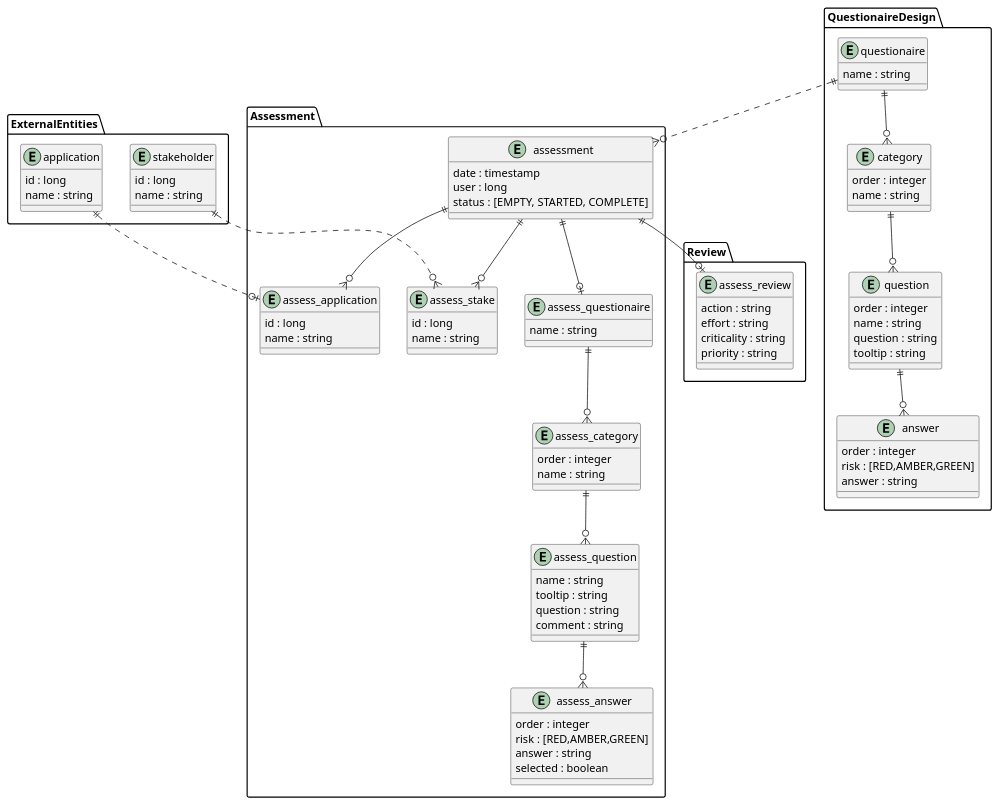
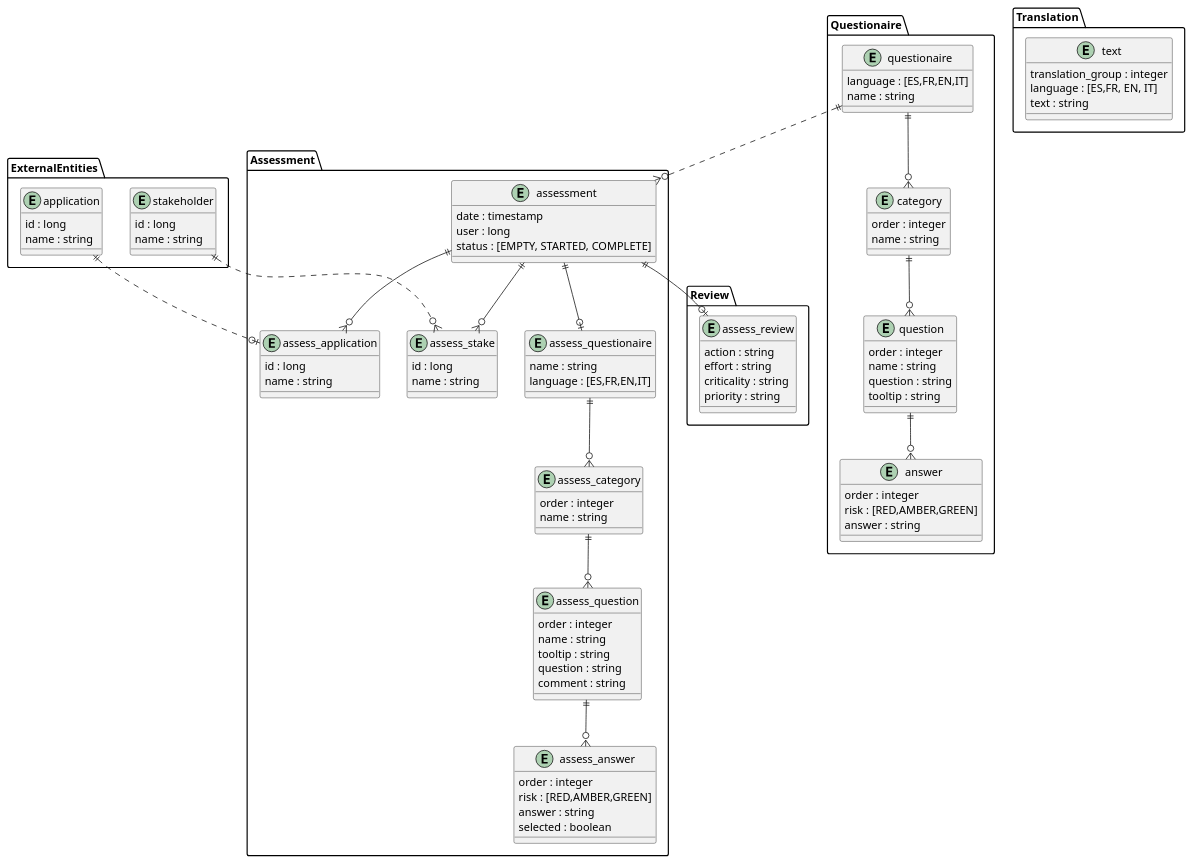
The third of 3 diagrams in README.md (konveyor/tackle-pathfinder), drawn with PlantUML before and after one commit. The commit also changed other lines of this file and 1 other file, not shown here.

Commit message:
Added model documentation , included old pathfinder questionaire

````diff
--- a/README.md
+++ b/README.md
@@ -86,12 +121,14 @@
     }
     entity assess_questionaire {
         name : string
+        language : [ES,FR,EN,IT]
     }
     entity assess_category {
         order : integer
         name : string
     }
     entity assess_question {
+        order : integer
         name : string
         tooltip : string
         question : string
@@ -114,6 +151,12 @@
         id : long
         name : string
     }
+    assess_questionaire ||--o{ assess_category
+    assess_category ||--o{ assess_question
+    assess_question ||--o{ assess_answer
+    assessment ||--o{ assess_application
+    assessment ||--o| assess_questionaire
+
 }
 package Review {
     entity assess_review {
@@ -124,8 +167,9 @@
     }
 }
 
-package QuestionaireDesign {
+package Questionaire {
     entity questionaire {
+        language : [ES,FR,EN,IT]
         name : string
     }
     entity category {
@@ -143,24 +187,26 @@
         risk : [RED,AMBER,GREEN]
         answer : string
     }
+    questionaire ||--o{ category
+    category ||--o{ question
+    question ||--o{ answer
 }
 
-assessment ||--o{ assess_application
+package Translation {
+    entity text {
+        translation_group : integer
+        language : [ES,FR, EN, IT]
+        text : string
+    }
+}
+
 assessment ||--o{ assess_stake
-assessment ||--o| assess_questionaire
-assess_questionaire ||--o{ assess_category
 assessment ||--o| assess_review
-assess_category ||--o{ assess_question
-assess_question ||--o{ assess_answer
 
 application ||..o| assess_application
 stakeholder ||..o{ assess_stake
 
 questionaire ||..o{ assessment
 
-questionaire ||--o{ category
-category ||--o{ question
-question ||--o{ answer
-
 @enduml
 ```
````
